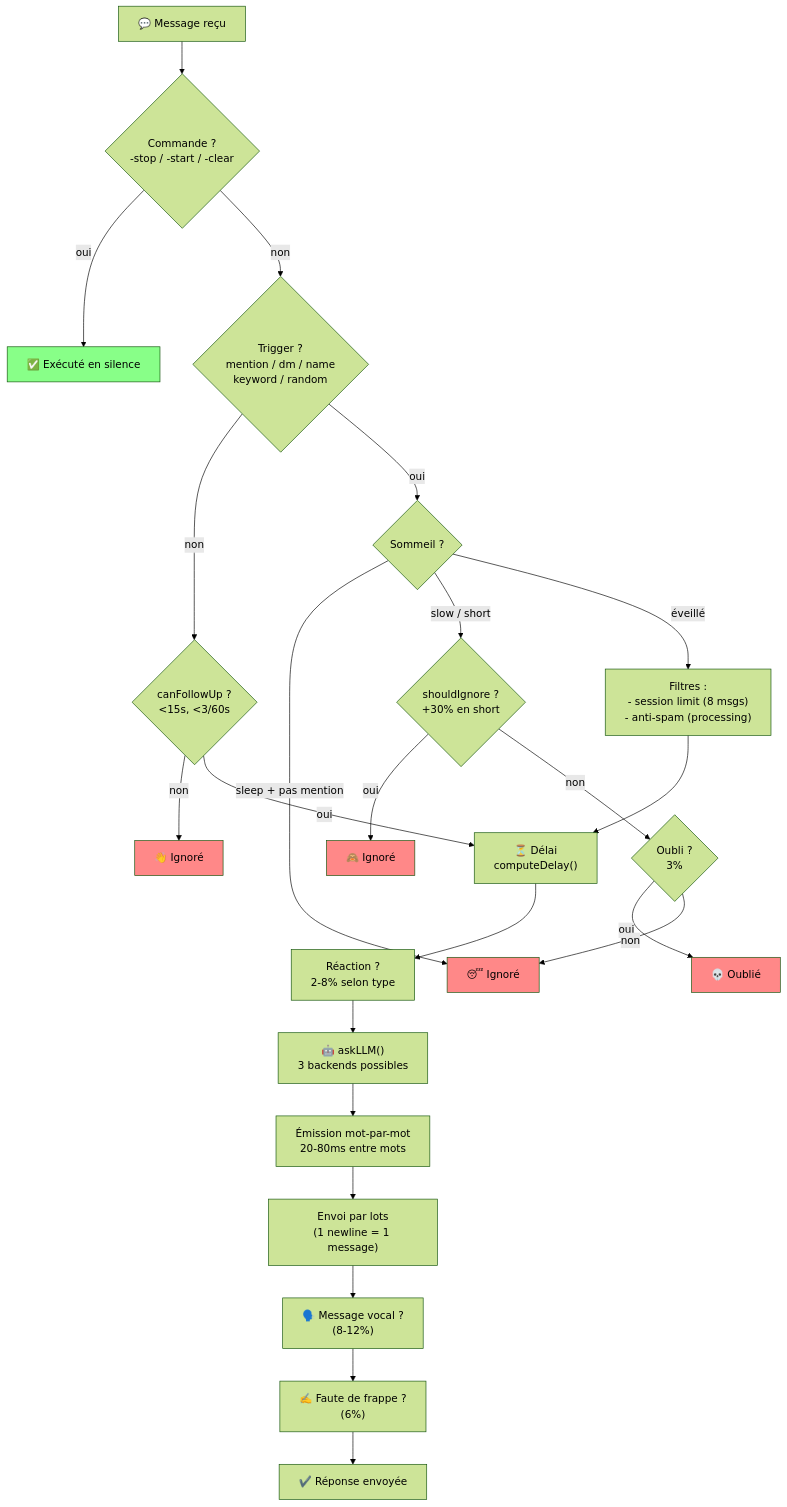
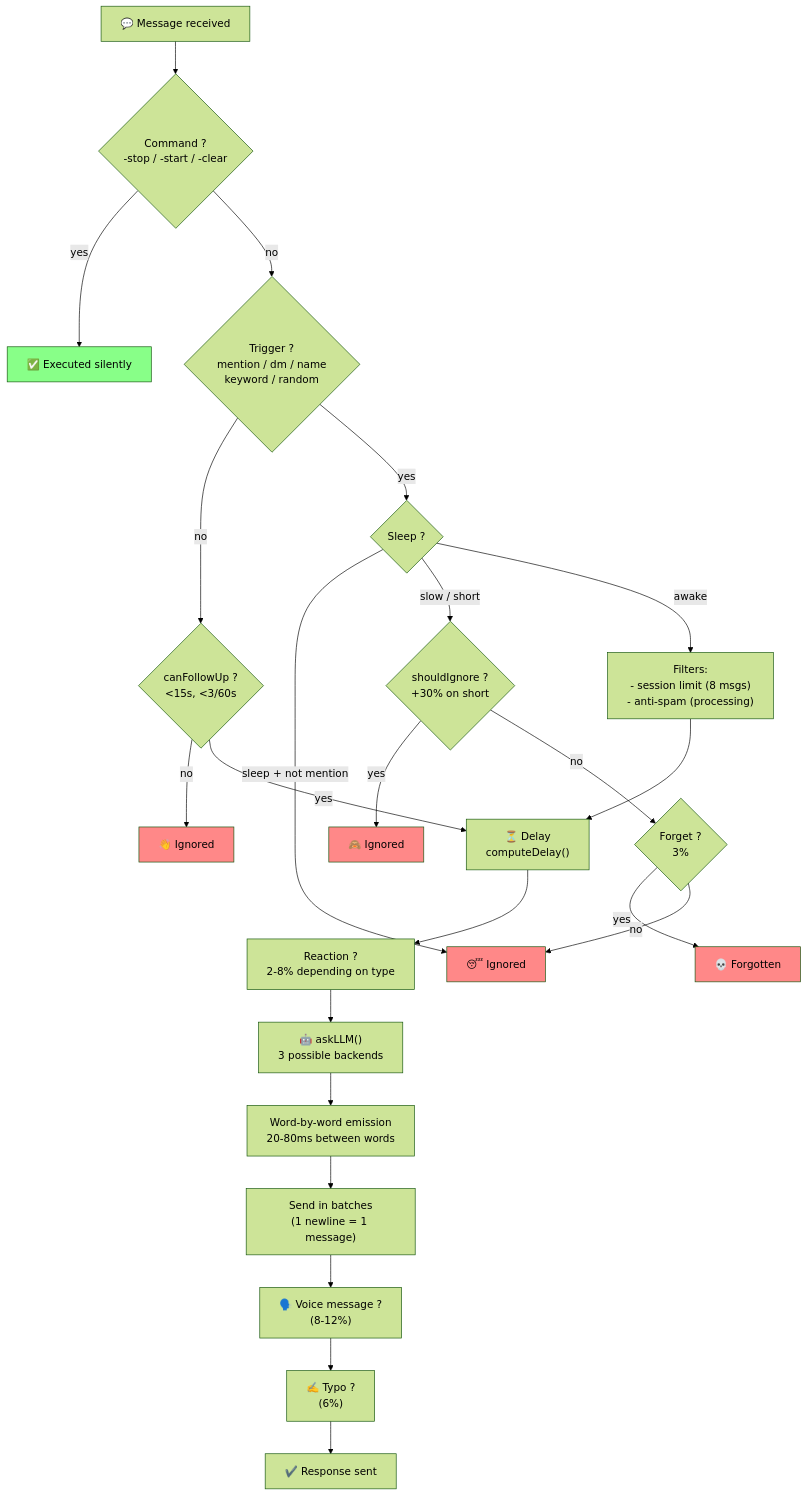
One commit to protocol-luna/krystal changed the first of 14 diagrams in README.md. Above: the diagram before and after it, drawn with Mermaid (forest theme). The commit also changed other lines of this file and 47 other files, not shown here.

Commit message:
translate all docs to English, dark theme diagrams, add export script

````diff
--- a/README.md
+++ b/README.md
@@ -79,37 +79,37 @@
 ```mermaid
 flowchart TD
-    A["💬 Message reçu"] --> CMD{"Commande ?\n-stop / -start / -clear"}
-    CMD -->|"oui"| CMD_OK["✅ Exécuté en silence"]
+    A["💬 Message received"] --> CMD{"Command ?\n-stop / -start / -clear"}
+    CMD -->|"yes"| CMD_OK["✅ Executed silently"]
 
-    CMD -->|"non"| TRIG{"Trigger ?\nmention / dm / name\nkeyword / random"}
-    TRIG -->|"non"| FUP{"canFollowUp ?\n<15s, <3/60s"}
-    FUP -->|"non"| END["👋 Ignoré"]
+    CMD -->|"no"| TRIG{"Trigger ?\nmention / dm / name\nkeyword / random"}
+    TRIG -->|"no"| FUP{"canFollowUp ?\n<15s, <3/60s"}
+    FUP -->|"no"| END["👋 Ignored"]
 
-    TRIG -->|"oui"| SLEEP{"Sommeil ?"}
-    SLEEP -->|"sleep + pas mention"| IGNORE_SLP["😴 Ignoré"]
-    SLEEP -->|"slow / short"| IGNORE_ROLL{"shouldIgnore ?\n+30% en short"}
-    IGNORE_ROLL -->|"oui"| IGNORED["🙈 Ignoré"]
-    IGNORE_ROLL -->|"non"| FORGET{"Oubli ?\n3%"}
-    FORGET -->|"oui"| FORGOT["💀 Oublié"]
-    FORGET -->|"non"| IGNORE_SLP
+    TRIG -->|"yes"| SLEEP{"Sleep ?"}
+    SLEEP -->|"sleep + not mention"| IGNORE_SLP["😴 Ignored"]
+    SLEEP -->|"slow / short"| IGNORE_ROLL{"shouldIgnore ?\n+30% on short"}
+    IGNORE_ROLL -->|"yes"| IGNORED["🙈 Ignored"]
+    IGNORE_ROLL -->|"no"| FORGET{"Forget ?\n3%"}
+    FORGET -->|"yes"| FORGOT["💀 Forgotten"]
+    FORGET -->|"no"| IGNORE_SLP
 
-    SLEEP -->|"éveillé"| FILTERS["Filtres :\n- session limit (8 msgs)\n- anti-spam (processing)"]
-    FILTERS --> DELAY["⏳ Délai\ncomputeDelay()"]
+    SLEEP -->|"awake"| FILTERS["Filters:\n- session limit (8 msgs)\n- anti-spam (processing)"]
+    FILTERS --> DELAY["⏳ Delay\ncomputeDelay()"]
 
-    DELAY --> REACT["Réaction ?\n2-8% selon type"]
-    REACT --> LLM["🤖 askLLM()\n3 backends possibles"]
+    DELAY --> REACT["Reaction ?\n2-8% depending on type"]
+    REACT --> LLM["🤖 askLLM()\n3 possible backends"]
 
-    LLM --> STREAM["Émission mot-par-mot\n20-80ms entre mots"]
-    STREAM --> FLUSH["Envoi par lots\n(1 newline = 1 message)"]
-    FLUSH --> TTS["🗣️ Message vocal ?\n(8-12%)"]
-    TTS --> TYPO["✍️ Faute de frappe ?\n(6%)"]
-    TYPO --> DONE["✔️ Réponse envoyée"]
+    LLM --> STREAM["Word-by-word emission\n20-80ms between words"]
+    STREAM --> FLUSH["Send in batches\n(1 newline = 1 message)"]
+    FLUSH --> TTS["🗣️ Voice message ?\n(8-12%)"]
+    TTS --> TYPO["✍️ Typo ?\n(6%)"]
+    TYPO --> DONE["✔️ Response sent"]
 
-    FUP -->|"oui"| DELAY
+    FUP -->|"yes"| DELAY
 
     style CMD_OK fill:#8f8
     style END fill:#f88
     style IGNORE_SLP fill:#f88
     style IGNORED fill:#f88
     style FORGOT fill:#f88
 ```
````
